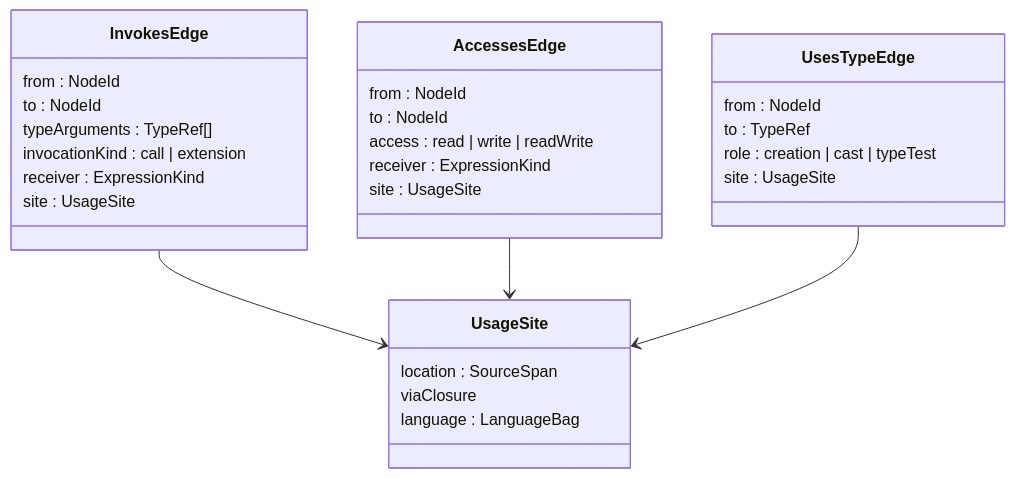
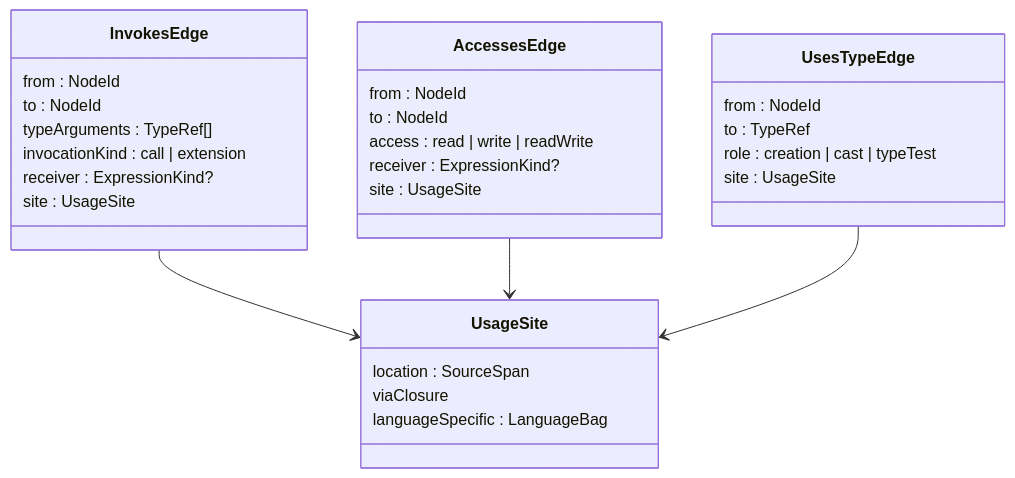
Before and after one commit to NoesisVision/noesis: the sixth of 7 diagrams in docs/arch/code-model.md, drawn with Mermaid. The commit also changed other lines of this file and 41 other files, not shown here.

````diff
--- a/docs/arch/code-model.md
+++ b/docs/arch/code-model.md
@@ -303,32 +320,32 @@
 ```mermaid
 classDiagram
     class InvokesEdge {
         from : NodeId
         to : NodeId
         typeArguments : TypeRef[]
         invocationKind : call | extension
-        receiver : ExpressionKind
+        receiver : ExpressionKind?
         site : UsageSite
     }
     class AccessesEdge {
         from : NodeId
         to : NodeId
         access : read | write | readWrite
-        receiver : ExpressionKind
+        receiver : ExpressionKind?
         site : UsageSite
     }
     class UsesTypeEdge {
         from : NodeId
         to : TypeRef
         role : creation | cast | typeTest
         site : UsageSite
     }
     class UsageSite {
         location : SourceSpan
         viaClosure
-        language : LanguageBag
+        languageSpecific : LanguageBag
     }
     InvokesEdge --> UsageSite
     AccessesEdge --> UsageSite
     UsesTypeEdge --> UsageSite
 ```
````
